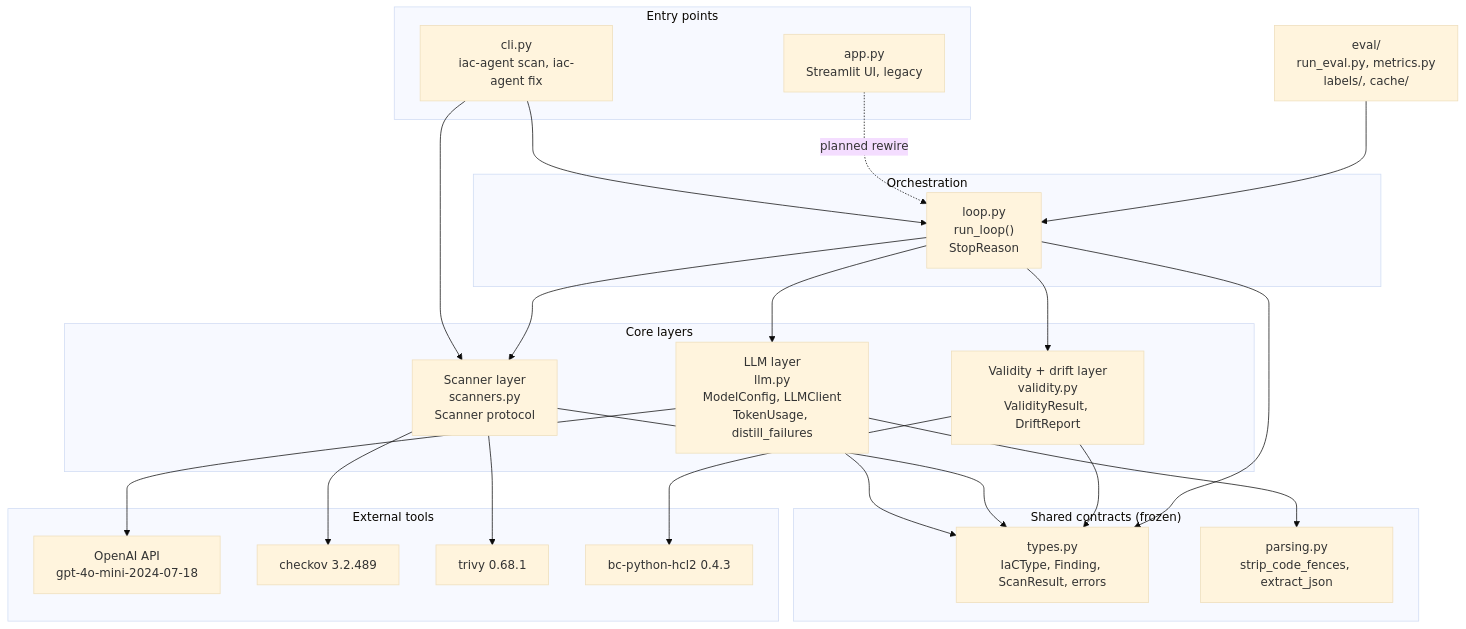
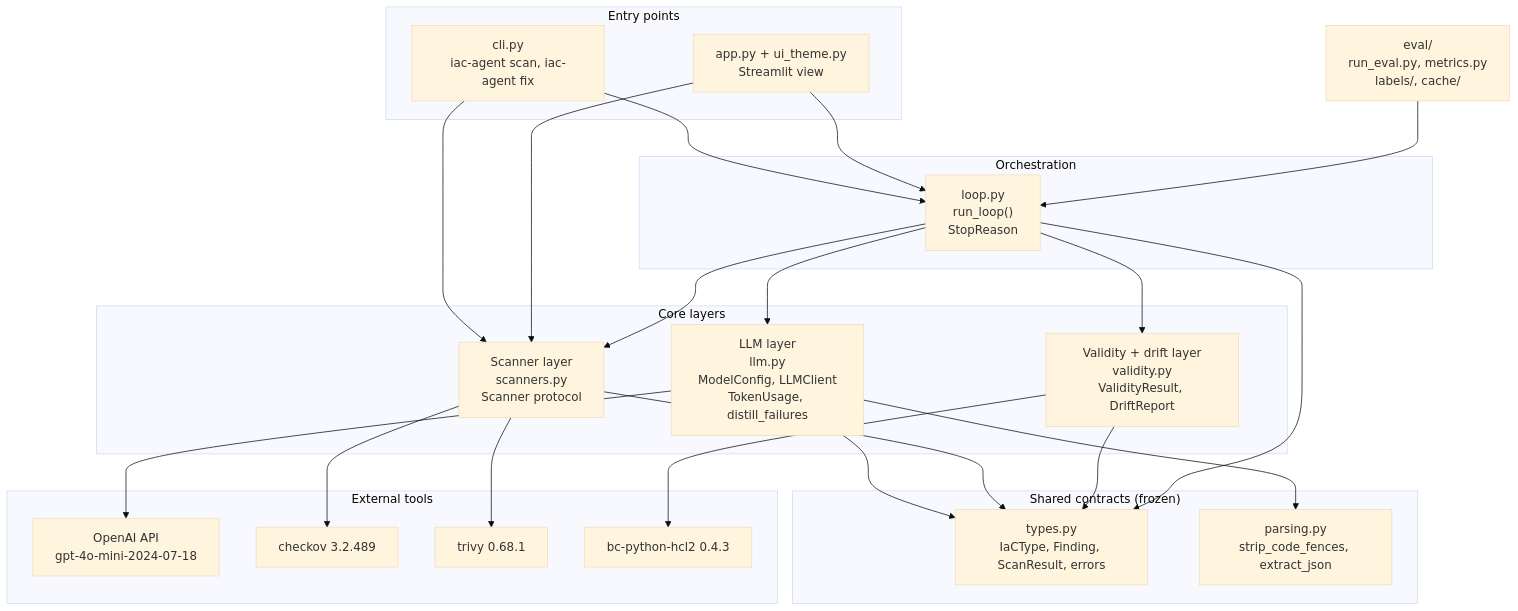
The first of 3 diagrams in docs/ARCHITECTURE.md (Shlok014/llm-iac-security), drawn with Mermaid (base theme) before and after one commit. The commit also changed other lines of this file and 7 other files, not shown here.

````diff
--- a/docs/ARCHITECTURE.md
+++ b/docs/ARCHITECTURE.md
@@ -262,49 +264,50 @@
 ```mermaid
 flowchart TD
     subgraph entry["Entry points"]
         CLI["cli.py<br/>iac-agent scan, iac-agent fix"]
-        UI["app.py<br/>Streamlit UI, legacy"]
+        UI["app.py + ui_theme.py<br/>Streamlit view"]
     end
 
     subgraph orch["Orchestration"]
         LOOP["loop.py<br/>run_loop()<br/>StopReason"]
     end
 
     subgraph core["Core layers"]
         LLM["LLM layer<br/>llm.py<br/>ModelConfig, LLMClient<br/>TokenUsage, distill_failures"]
         SCAN["Scanner layer<br/>scanners.py<br/>Scanner protocol"]
         VAL["Validity + drift layer<br/>validity.py<br/>ValidityResult, DriftReport"]
     end
 
     subgraph shared["Shared contracts (frozen)"]
         TYPES["types.py<br/>IaCType, Finding, ScanResult, errors"]
         PARSE["parsing.py<br/>strip_code_fences, extract_json"]
     end
 
     subgraph ext["External tools"]
         OAI["OpenAI API<br/>gpt-4o-mini-2024-07-18"]
         CK["checkov 3.2.489"]
         TV["trivy 0.68.1"]
         HCL["bc-python-hcl2 0.4.3"]
     end
 
     CLI --> LOOP
     CLI --> SCAN
-    UI -. planned rewire .-> LOOP
+    UI --> LOOP
+    UI --> SCAN
     LOOP --> LLM
     LOOP --> SCAN
     LOOP --> VAL
 
     LLM --> PARSE
     LLM --> TYPES
     SCAN --> TYPES
     VAL --> TYPES
     LOOP --> TYPES
 
     LLM --> OAI
     SCAN --> CK
     SCAN --> TV
     VAL --> HCL
 
     EVAL["eval/<br/>run_eval.py, metrics.py<br/>labels/, cache/"] --> LOOP
 ```
````
